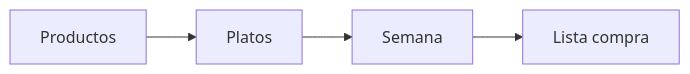
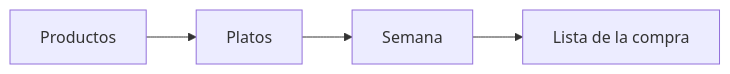
Before and after one commit to martamacfly/comi2: the diagram in README.md, drawn with Mermaid. The commit also changed other lines of this file, not shown here.

````diff
--- a/README.md
+++ b/README.md
@@ -14,6 +19,6 @@
 ```mermaid
 flowchart LR
   Productos[Productos] --> Platos[Platos]
   Platos --> Semana[Semana]
-  Semana --> Lista[Lista compra]
+  Semana --> Lista[Lista de la compra]
 ```
````
